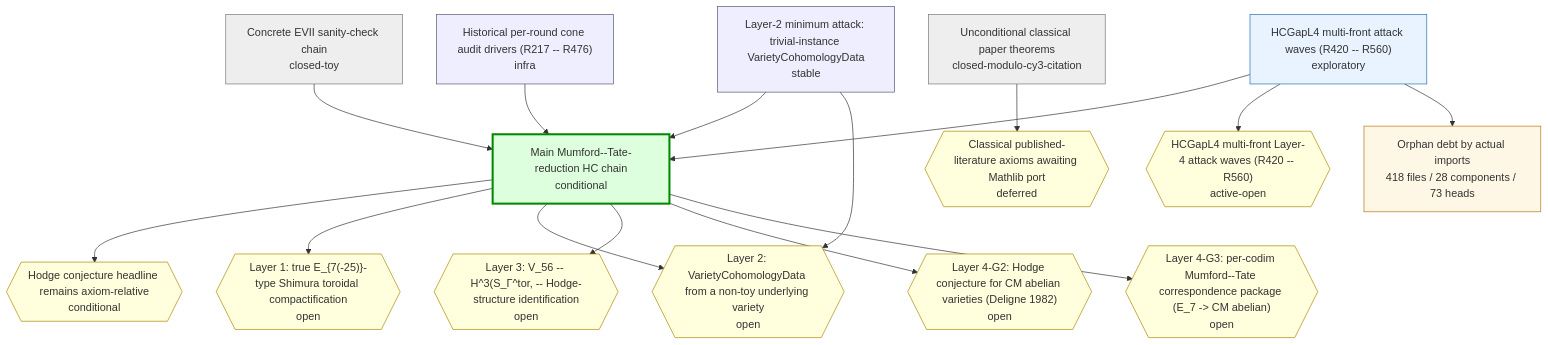
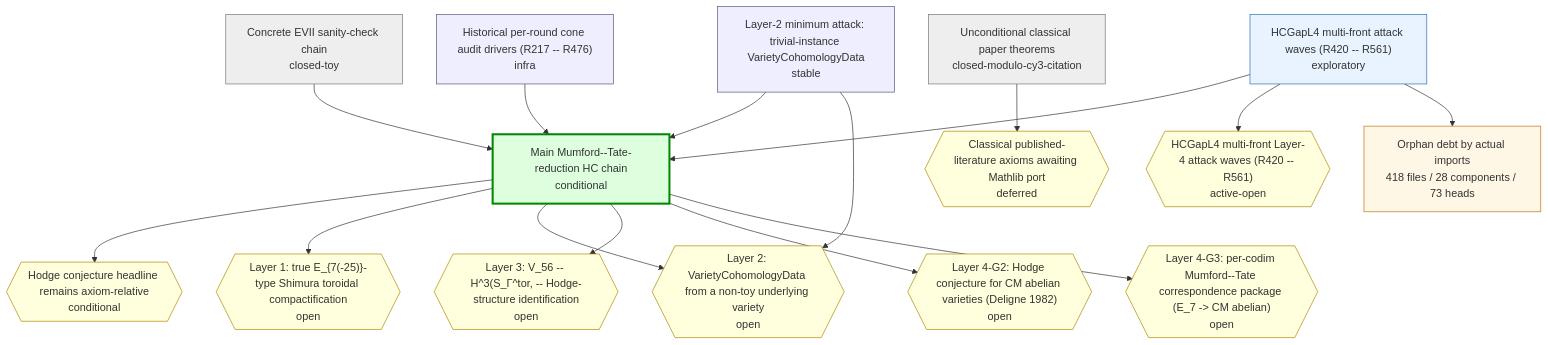
The first of 2 diagrams in chain-status/research-map.md (crabsatellite/hodge-conjecture-lean4-formalization), drawn with Mermaid before and after one commit. The commit also changed other lines of this file and 7 other files, not shown here.

````diff
--- a/chain-status/research-map.md
+++ b/chain-status/research-map.md
@@ -45,44 +45,44 @@
 ```mermaid
 graph TD
   classDef main fill:#dfd,stroke:#080,stroke-width:3px
   classDef active fill:#e8f3ff,stroke:#2670b8
   classDef support fill:#eef,stroke:#557
   classDef closed fill:#eee,stroke:#777
   classDef dead fill:#fdd,stroke:#a00,stroke-width:2px
   classDef gapOpen fill:#ffd,stroke:#a80
   classDef gapClosed fill:#eee,stroke:#777
   classDef gapDead fill:#fdd,stroke:#a00
   classDef debt fill:#fff7e6,stroke:#b87514
   classDef debtTaxonomy fill:#e8f3ff,stroke:#2670b8,stroke-dasharray:3 3
   classDef debtRule fill:#eefbea,stroke:#398439,stroke-dasharray:3 3
   classDef debtDead fill:#fdd,stroke:#a00,stroke-dasharray:3 3
   chain_main_hc_axiom_relative["Main Mumford--Tate-reduction HC chain\nconditional"]:::main
   chain_unconditional_classical["Unconditional classical paper theorems\nclosed-modulo-cy3-citation"]:::closed
   chain_hcgap_l2_trivial_instances["Layer-2 minimum attack: trivial-instance VarietyCohomologyData\nstable"]:::support
-  chain_hcgap_l4_multifront_active["HCGapL4 multi-front attack waves (R420 -- R560)\nexploratory"]:::active
+  chain_hcgap_l4_multifront_active["HCGapL4 multi-front attack waves (R420 -- R561)\nexploratory"]:::active
   chain_concrete_evii_toy["Concrete EVII sanity-check chain\nclosed-toy"]:::closed
   chain_historical_cone_audits["Historical per-round cone audit drivers (R217 -- R476)\ninfra"]:::support
   gap_G_main_hc{{"Hodge conjecture headline remains axiom-relative\nconditional"}}:::gapOpen
   gap_G_l1_e7_shimura_tor{{"Layer 1: true E_{7(-25)}-type Shimura toroidal compactification\nopen"}}:::gapOpen
   gap_G_l2_cohomology_construction{{"Layer 2: VarietyCohomologyData from a non-toy underlying variety\nopen"}}:::gapOpen
   gap_G_l3_v56_mt_identification{{"Layer 3: V_56 -- H^3(S_Γ^tor, -- Hodge-structure identification\nopen"}}:::gapOpen
   gap_G_l4_cm_abelian_hc{{"Layer 4-G2: Hodge conjecture for CM abelian varieties (Deligne 1982)\nopen"}}:::gapOpen
   gap_G_l4_mt_correspondence{{"Layer 4-G3: per-codim Mumford--Tate correspondence package (E_7 -> CM abelian)\nopen"}}:::gapOpen
   gap_G_classical_mathlib_port{{"Classical published-literature axioms awaiting Mathlib port\ndeferred"}}:::gapOpen
-  gap_G_hcgap_l4_multifront{{"HCGapL4 multi-front Layer-4 attack waves (R420 -- R560)\nactive-open"}}:::gapOpen
+  gap_G_hcgap_l4_multifront{{"HCGapL4 multi-front Layer-4 attack waves (R420 -- R561)\nactive-open"}}:::gapOpen
   chain_main_hc_axiom_relative --> gap_G_main_hc
   chain_main_hc_axiom_relative --> gap_G_l1_e7_shimura_tor
   chain_main_hc_axiom_relative --> gap_G_l2_cohomology_construction
   chain_main_hc_axiom_relative --> gap_G_l3_v56_mt_identification
   chain_main_hc_axiom_relative --> gap_G_l4_cm_abelian_hc
   chain_main_hc_axiom_relative --> gap_G_l4_mt_correspondence
   chain_unconditional_classical --> gap_G_classical_mathlib_port
   chain_hcgap_l2_trivial_instances --> chain_main_hc_axiom_relative
   chain_hcgap_l2_trivial_instances --> gap_G_l2_cohomology_construction
   chain_hcgap_l4_multifront_active --> chain_main_hc_axiom_relative
   chain_hcgap_l4_multifront_active --> gap_G_hcgap_l4_multifront
   chain_concrete_evii_toy --> chain_main_hc_axiom_relative
   chain_historical_cone_audits --> chain_main_hc_axiom_relative
   debt_all["Orphan debt by actual imports\n418 files / 28 components / 73 heads"]:::debt
   chain_hcgap_l4_multifront_active --> debt_all
 ```
````
